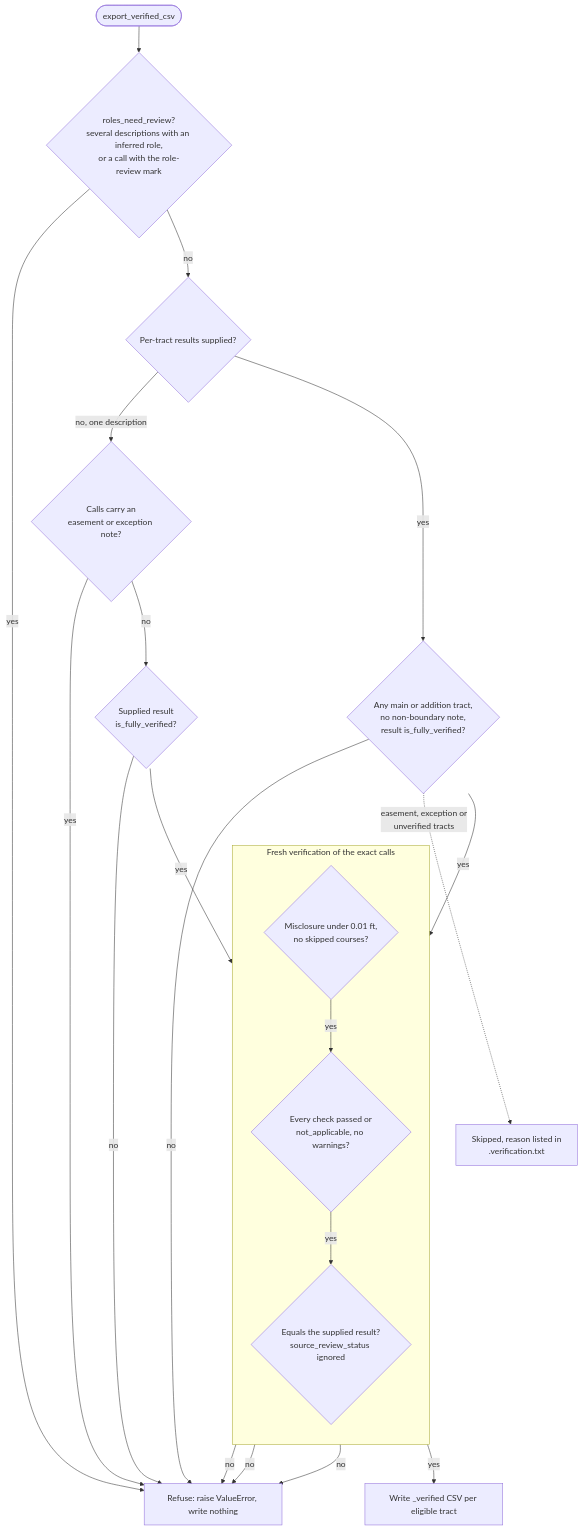
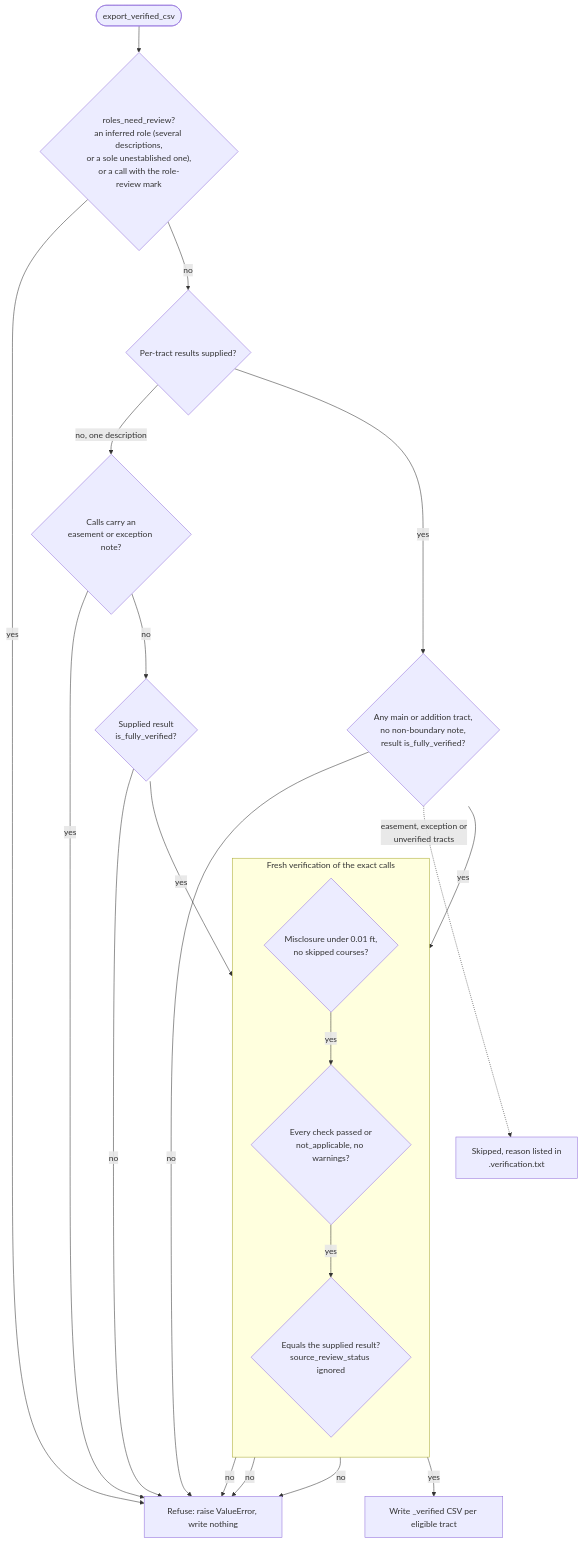
The sixth of 6 diagrams in docs/ARCHITECTURE.md (domfahey/metesParser), drawn with Mermaid before and after one commit. The commit also changed other lines of this file and 3 other files, not shown here.

````diff
--- a/docs/ARCHITECTURE.md
+++ b/docs/ARCHITECTURE.md
@@ -690,27 +691,27 @@
 ```mermaid
 flowchart TD
-    start(["export_verified_csv"]) --> roles{"roles_need_review?<br/>several descriptions with an inferred role,<br/>or a call with the role-review mark"}
+    start(["export_verified_csv"]) --> roles{"roles_need_review?<br/>an inferred role (several descriptions,<br/>or a sole unestablished one),<br/>or a call with the role-review mark"}
     roles -- yes --> refuse["Refuse: raise ValueError, write nothing"]
     roles -- no --> shape{"Per-tract results supplied?"}
 
     shape -- "no, one description" --> marks{"Calls carry an<br/>easement or exception note?"}
     marks -- yes --> refuse
     marks -- no --> sup{"Supplied result<br/>is_fully_verified?"}
     sup -- no --> refuse
     sup -- yes --> fresh
 
     shape -- yes --> tracts{"Any main or addition tract,<br/>no non-boundary note,<br/>result is_fully_verified?"}
     tracts -- no --> refuse
     tracts -- yes --> fresh
     tracts -. "easement, exception or<br/>unverified tracts" .-> skipped["Skipped, reason listed in<br/>.verification.txt"]
 
     subgraph fresh["Fresh verification of the exact calls"]
         direction TD
         f1{"Misclosure under 0.01 ft,<br/>no skipped courses?"} -- yes --> f2{"Every check passed or<br/>not_applicable, no warnings?"}
         f2 -- yes --> f3{"Equals the supplied result?<br/>source_review_status ignored"}
     end
     f1 -- no --> refuse
     f2 -- no --> refuse
     f3 -- no --> refuse
     f3 -- yes --> write["Write _verified CSV per eligible tract"]
 ```
````
